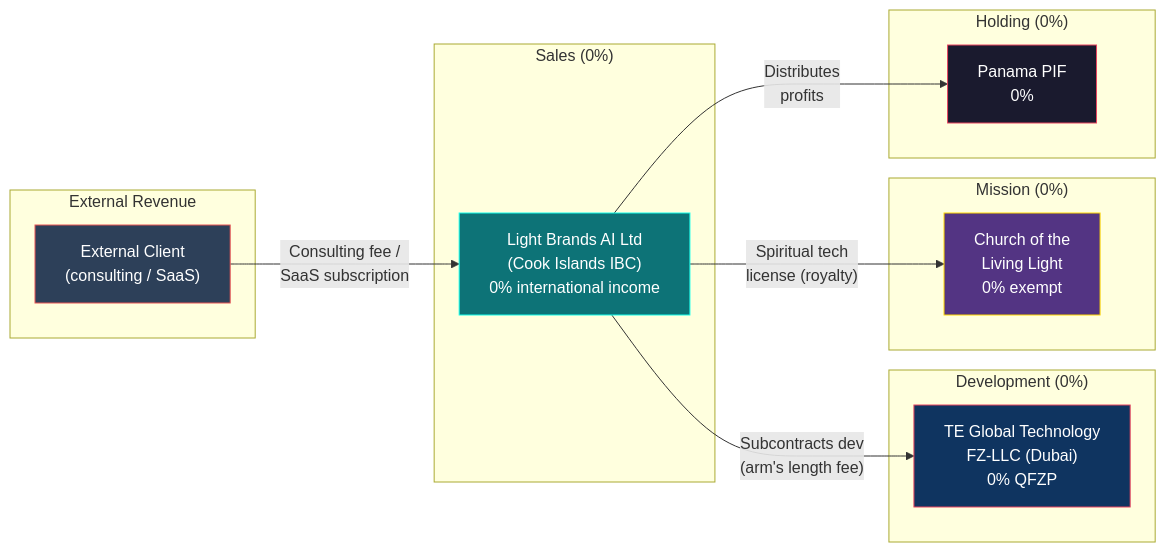
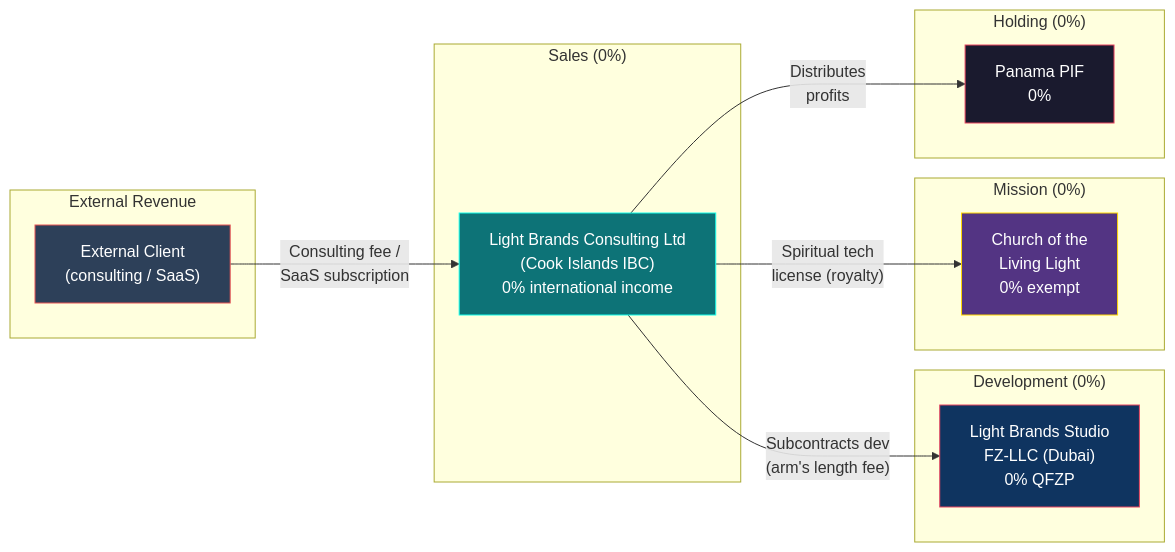
One commit to Light-Brands/epic-center changed the third of 5 diagrams in docs/tax-structure/07-ECOSYSTEM-ARCHITECTURE.md. Above: the diagram before and after it, drawn with Mermaid. The commit also changed other lines of this file and 7 other files, not shown here.

First line of the commit message:
Rename entities: Light Brands Studio (UAE) + Light Brands Consulting (CI IBC)

````diff
--- a/docs/tax-structure/07-ECOSYSTEM-ARCHITECTURE.md
+++ b/docs/tax-structure/07-ECOSYSTEM-ARCHITECTURE.md
@@ -109,33 +109,33 @@
 ```mermaid
 graph LR
     subgraph "External Revenue"
         CLIENT["External Client<br/>(consulting / SaaS)"]
     end
 
     subgraph "Sales (0%)"
-        CI["Light Brands AI Ltd<br/>(Cook Islands IBC)<br/>0% international income"]
+        CI["Light Brands Consulting Ltd<br/>(Cook Islands IBC)<br/>0% international income"]
     end
 
     subgraph "Development (0%)"
-        UAE2["TE Global Technology<br/>FZ-LLC (Dubai)<br/>0% QFZP"]
+        UAE2["Light Brands Studio<br/>FZ-LLC (Dubai)<br/>0% QFZP"]
     end
 
     subgraph "Mission (0%)"
         CHURCH2["Church of the<br/>Living Light<br/>0% exempt"]
     end
 
     subgraph "Holding (0%)"
         PIF["Panama PIF<br/>0%"]
     end
 
     CLIENT -->|"Consulting fee /<br/>SaaS subscription"| CI
     CI -->|"Subcontracts dev<br/>(arm's length fee)"| UAE2
     CI -->|"Spiritual tech<br/>license (royalty)"| CHURCH2
     CI -->|"Distributes<br/>profits"| PIF
 
     style CLIENT fill:#2d4059,stroke:#ea5455,color:#fff
     style CI fill:#0d7377,stroke:#14ffec,color:#fff
     style UAE2 fill:#0f3460,stroke:#e94560,color:#fff
     style CHURCH2 fill:#533483,stroke:#ffd700,color:#fff
     style PIF fill:#1a1a2e,stroke:#e94560,color:#fff
 ```
````
